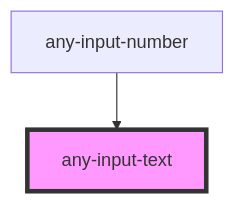
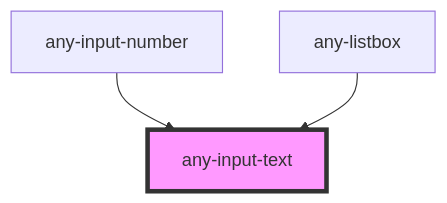
Before and after one commit to adaleks/anywhere-ui: the diagram in packages/core/src/components/input-text/readme.md, drawn with Mermaid. The commit also changed other lines of this file and 13 other files, not shown here.

````diff
--- a/packages/core/src/components/input-text/readme.md
+++ b/packages/core/src/components/input-text/readme.md
@@ -69,5 +70,6 @@
 ```mermaid
 graph TD;
   any-input-number --> any-input-text
+  any-listbox --> any-input-text
   style any-input-text fill:#f9f,stroke:#333,stroke-width:4px
 ```
````
